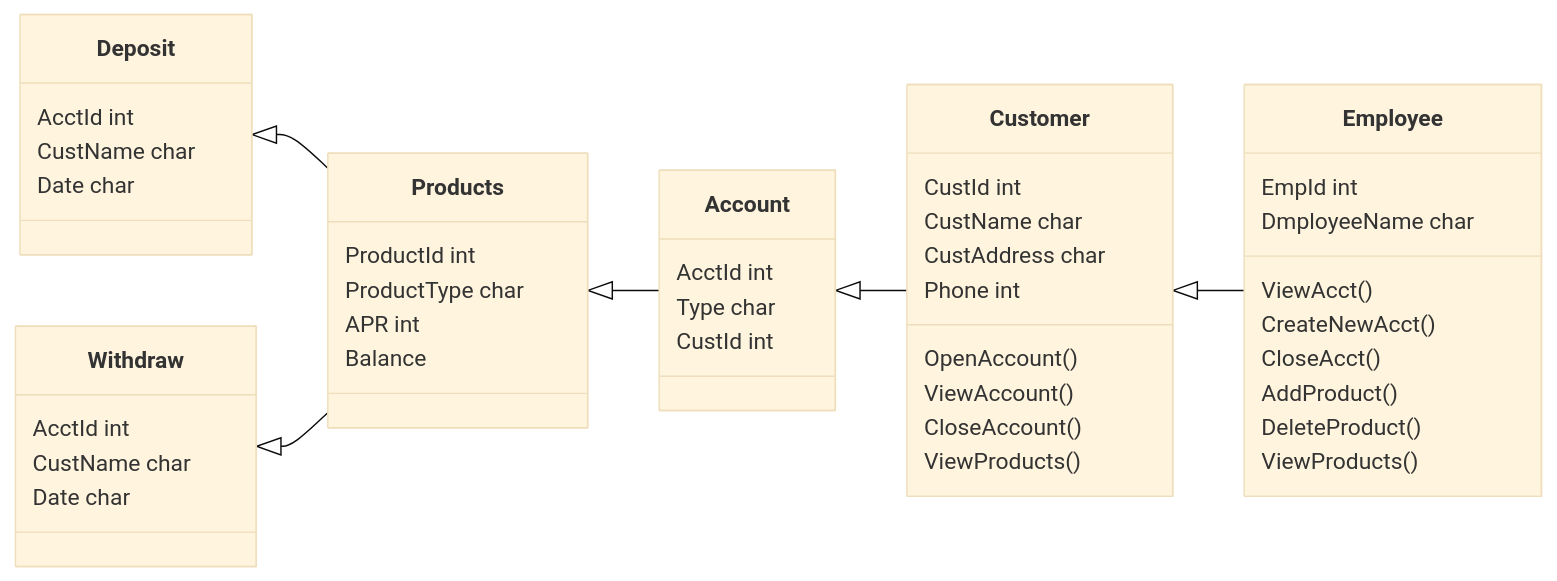
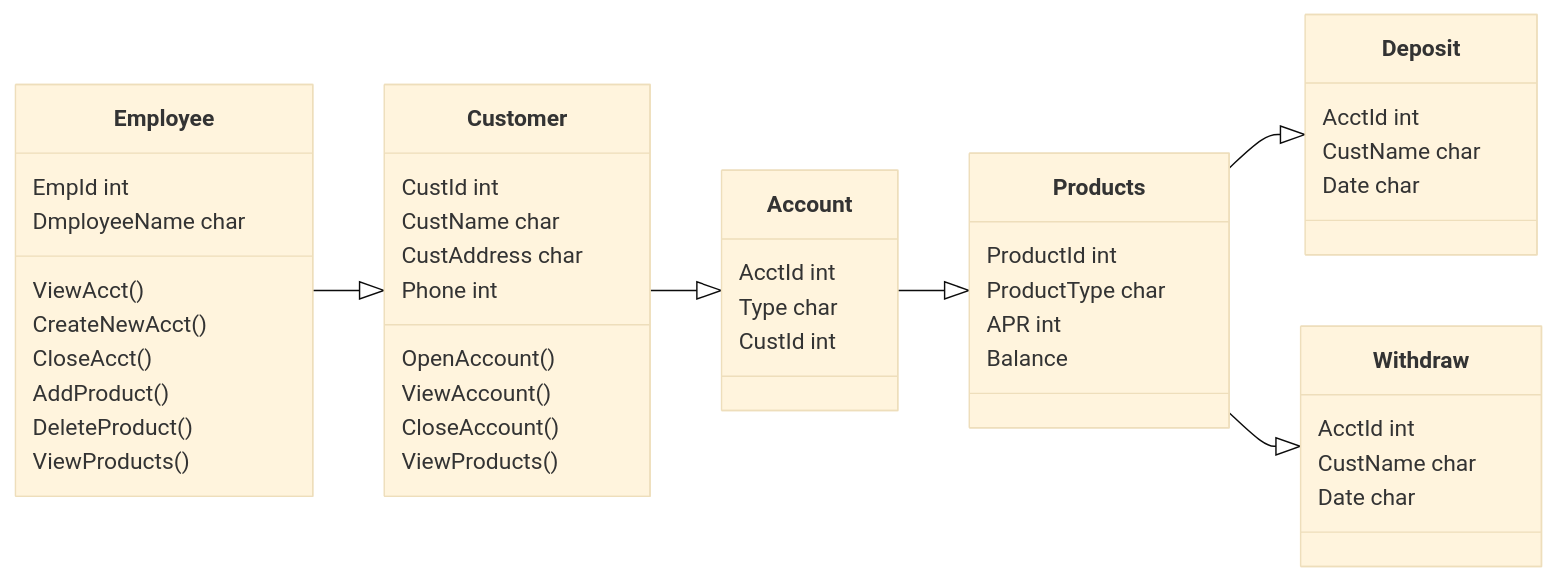
The diagram in mermaid.md (Marcus-Snell/Test), drawn with Mermaid (base theme) before and after one commit.

````diff
--- a/mermaid.md
+++ b/mermaid.md
@@ -1,48 +1,48 @@
 ```mermaid
 classDiagram
-  direction RL
+  direction LR
   Employee
     Employee : EmpId int
     Employee : DmployeeName char
     Employee : ViewAcct()
     Employee : CreateNewAcct()
     Employee : CloseAcct()
     Employee : AddProduct()
     Employee : DeleteProduct()
     Employee : ViewProducts()
   
 
 Customer --|> Account
 Customer : CustId int
 Customer : CustName char
 Customer : CustAddress char
 Customer : Phone int
 Customer : OpenAccount()
 Customer : ViewAccount()
 Customer : CloseAccount()
 Customer : ViewProducts()
 
 Account --|> Products
 Account : AcctId int
 Account : Type char
 Account : CustId int
 
 Deposit
 Deposit : AcctId int
 Deposit : CustName char
 Deposit : Date char
 
 Withdraw
 Withdraw : AcctId int
 Withdraw : CustName char
 Withdraw : Date char
 
 Products --|> Deposit
 Products --|> Withdraw
 Products : ProductId int
 Products : ProductType char
 Products : APR int
 Products : Balance
 
 Employee --|> Customer
 ```
````
